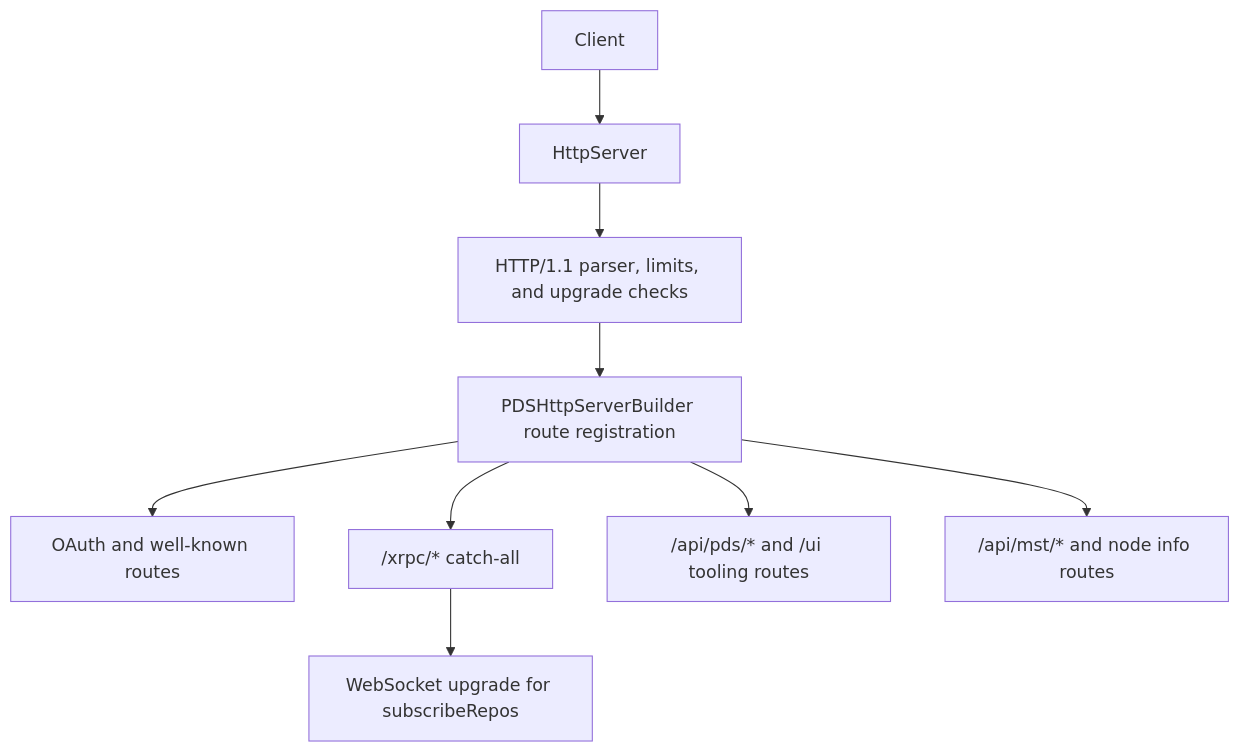
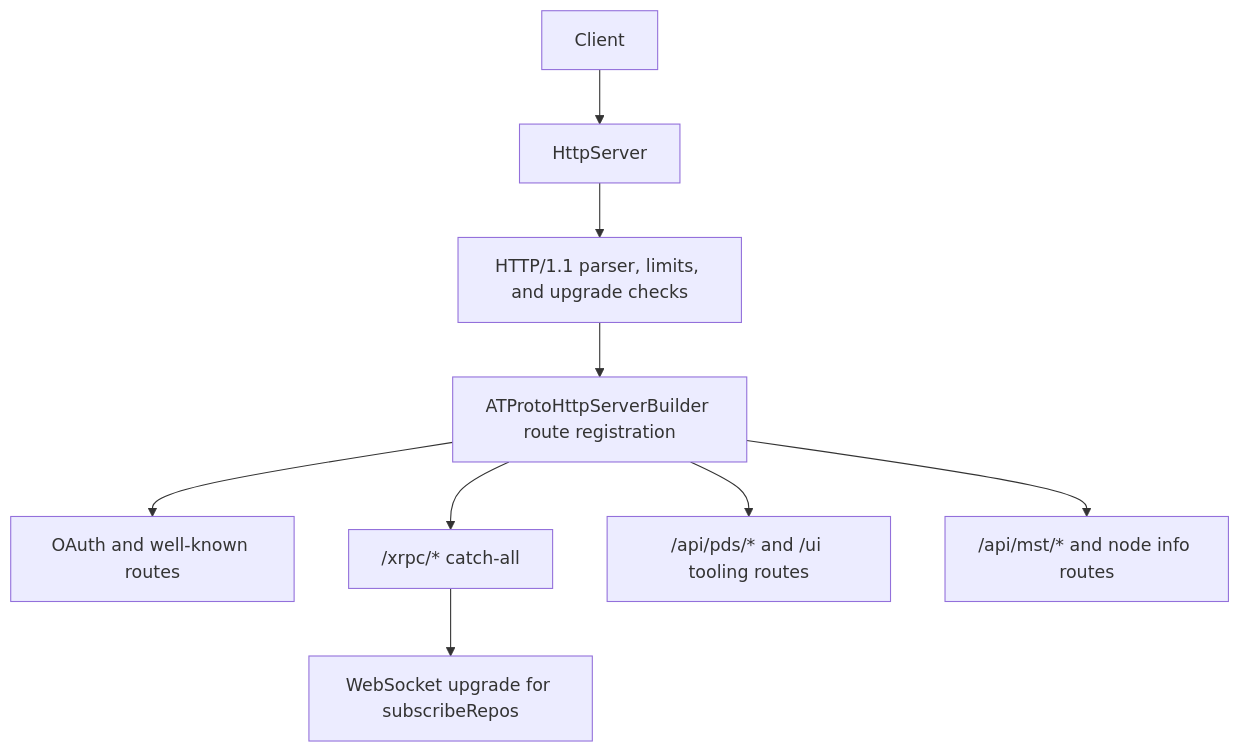
Before and after one commit to jvalinsky/garazyk: the diagram in docs/04-network-layer/http-request-and-route-pipeline.md, drawn with Mermaid. The commit also changed other lines of this file and 234 other files, not shown here.

````diff
--- a/docs/04-network-layer/http-request-and-route-pipeline.md
+++ b/docs/04-network-layer/http-request-and-route-pipeline.md
@@ -13,21 +13,21 @@
 ```mermaid
 flowchart TD
     Client["Client"]
     Server["HttpServer"]
     Parse["HTTP/1.1 parser, limits, and upgrade checks"]
-    Builder["PDSHttpServerBuilder route registration"]
+    Builder["ATProtoHttpServerBuilder route registration"]
     OAuth["OAuth and well-known routes"]
     XRPC["/xrpc/* catch-all"]
     Explore["/api/pds/* and /ui tooling routes"]
     MST["/api/mst/* and node info routes"]
     WS["WebSocket upgrade for subscribeRepos"]
 
     Client --> Server
     Server --> Parse
     Parse --> Builder
     Builder --> OAuth
     Builder --> XRPC
     Builder --> Explore
     Builder --> MST
     XRPC --> WS
 ```
````
